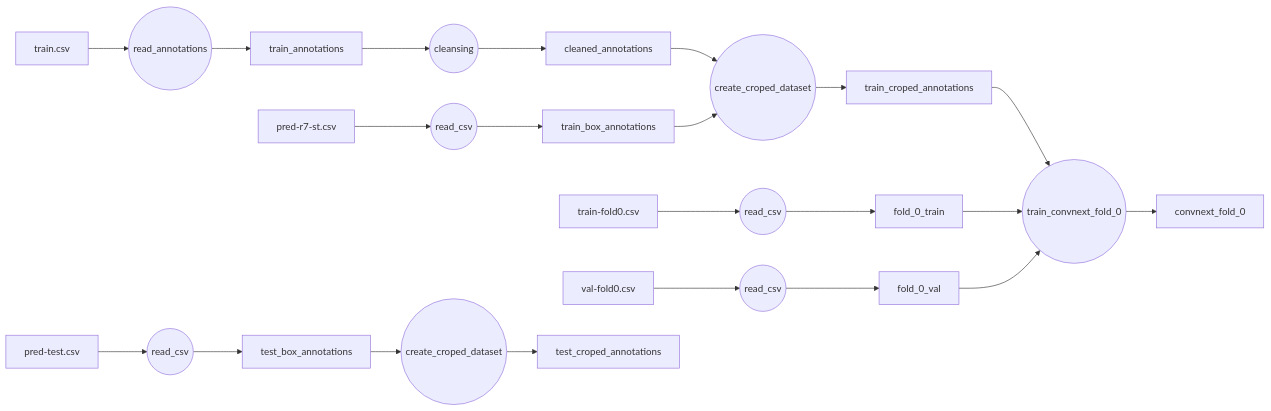
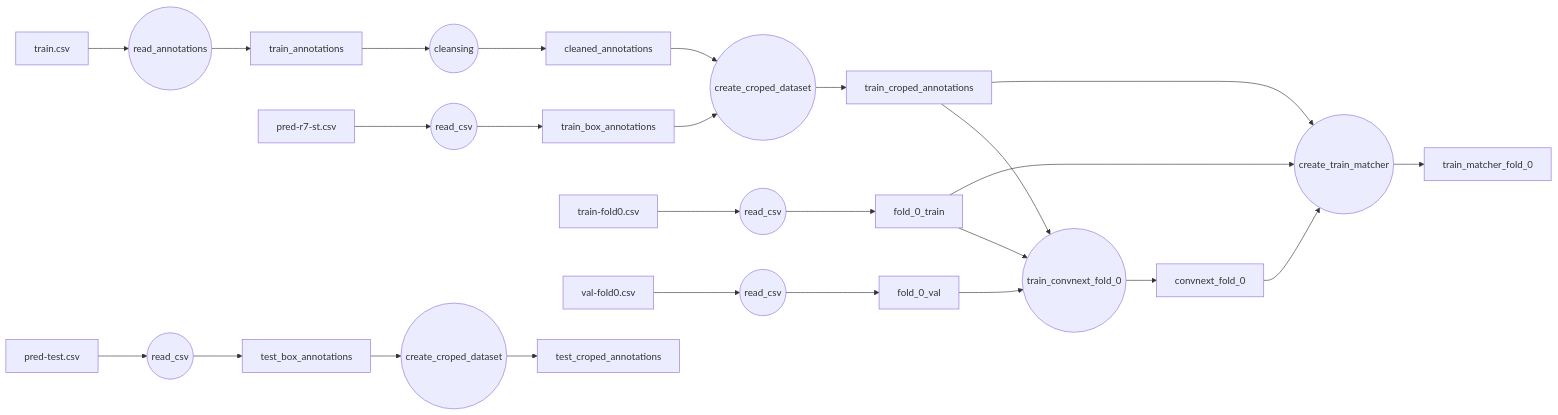
Before and after one commit to h4nyu/vision-tools: the diagram in hwad_bench/README.md, drawn with Mermaid.

````diff
--- a/hwad_bench/README.md
+++ b/hwad_bench/README.md
@@ -1,18 +1,20 @@
 ```mermaid
 flowchart LR
 train.csv --> read_annotations((read_annotations))
 read_annotations --> train_annotations
 train_annotations --> cleansing((cleansing)) --> cleaned_annotations
 pred-r7-st.csv --> read_csv((read_csv)) --> train_box_annotations
 cleaned_annotations --> create_croped_dataset0((create_croped_dataset)) --> train_croped_annotations
 train_box_annotations --> create_croped_dataset0
 train-fold0.csv --> read_csv0((read_csv)) --> fold_0_train
 val-fold0.csv --> read_csv1((read_csv)) --> fold_0_val
 train_croped_annotations --> train0((train_convnext_fold_0))
 fold_0_train --> train0
 fold_0_val --> train0
 pred-test.csv --> read_csv2((read_csv)) --> test_box_annotations
 train0((train_convnext_fold_0)) --> convnext_fold_0
-
+convnext_fold_0 --> create_train_matcher0((create_train_matcher)) --> train_matcher_fold_0
+fold_0_train --> create_train_matcher0((create_train_matcher))
+train_croped_annotations --> create_train_matcher0((create_train_matcher))
 test_box_annotations --> create_croped_dataset1((create_croped_dataset)) --> test_croped_annotations
 ```
````
